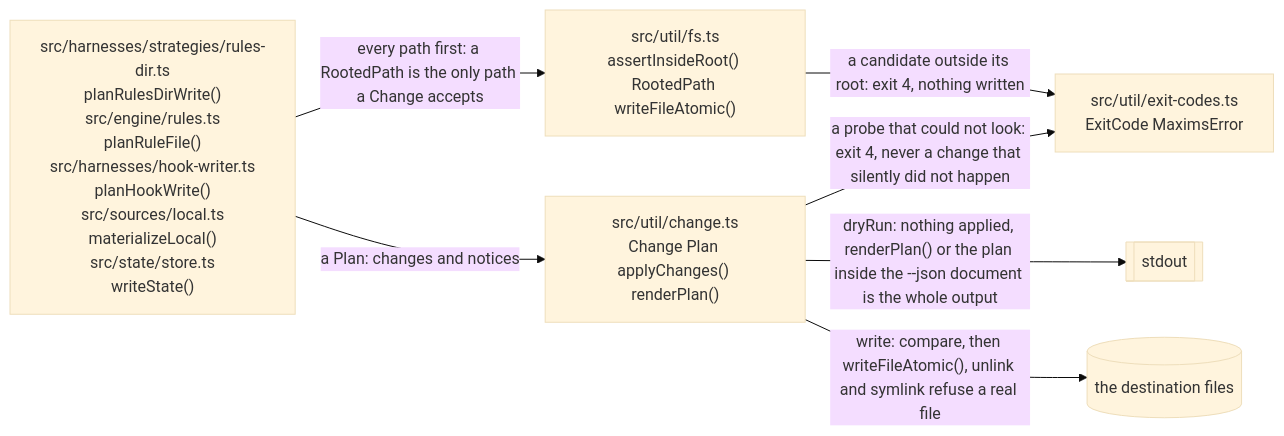
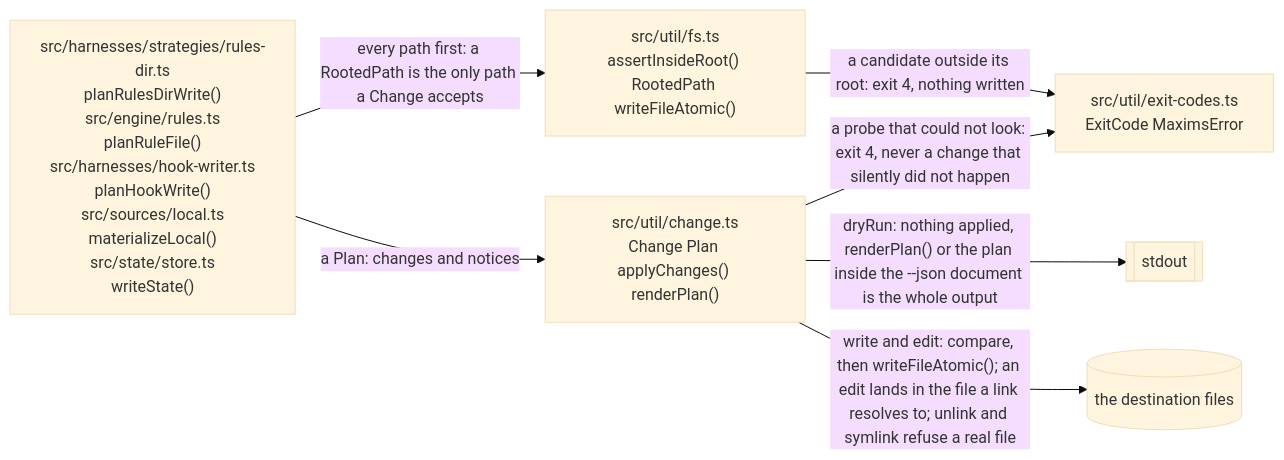
One commit to Vivswan/maxims changed the sixth of 15 diagrams in docs/architecture.md. Above: the diagram before and after it, drawn with Mermaid (base theme). The commit also changed other lines of this file and 14 other files, not shown here.

Commit message:
fix(sync): edit a symlinked user file through its target instead of replacing the link (#137)

````diff
--- a/docs/architecture.md
+++ b/docs/architecture.md
@@ -233,15 +233,15 @@
 ```mermaid
 flowchart LR
   planners["src/harnesses/strategies/rules-dir.ts<br>planRulesDirWrite()<br>src/engine/rules.ts<br>planRuleFile()<br>src/harnesses/hook-writer.ts<br>planHookWrite()<br>src/sources/local.ts<br>materializeLocal()<br>src/state/store.ts<br>writeState()"]
   fs["src/util/fs.ts<br>assertInsideRoot() RootedPath writeFileAtomic()"]
   change["src/util/change.ts<br>Change Plan applyChanges() renderPlan()"]
   exit["src/util/exit-codes.ts<br>ExitCode MaximsError"]
   stdout[["stdout"]]
   disk[("the destination files")]
   planners -->|"every path first: a RootedPath is the only path a Change accepts"| fs
   fs -->|"a candidate outside its root: exit 4, nothing written"| exit
   planners -->|"a Plan: changes and notices"| change
   change -->|"dryRun: nothing applied, renderPlan() or the plan inside the --json document is the whole output"| stdout
-  change -->|"write: compare, then writeFileAtomic(), unlink and symlink refuse a real file"| disk
+  change -->|"write and edit: compare, then writeFileAtomic(); an edit lands in the file a link resolves to; unlink and symlink refuse a real file"| disk
   change -->|"a probe that could not look: exit 4, never a change that silently did not happen"| exit
 ```
````
